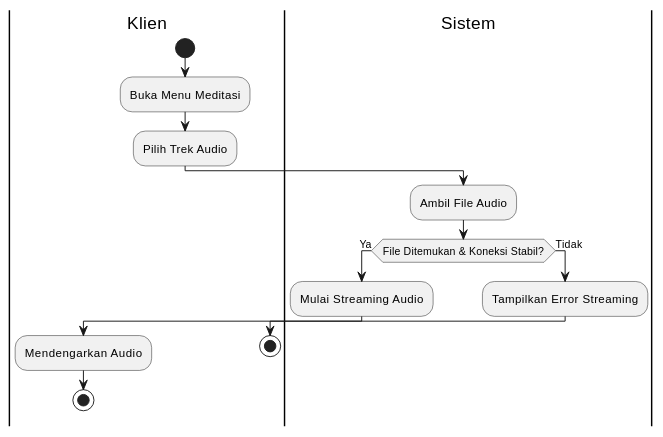
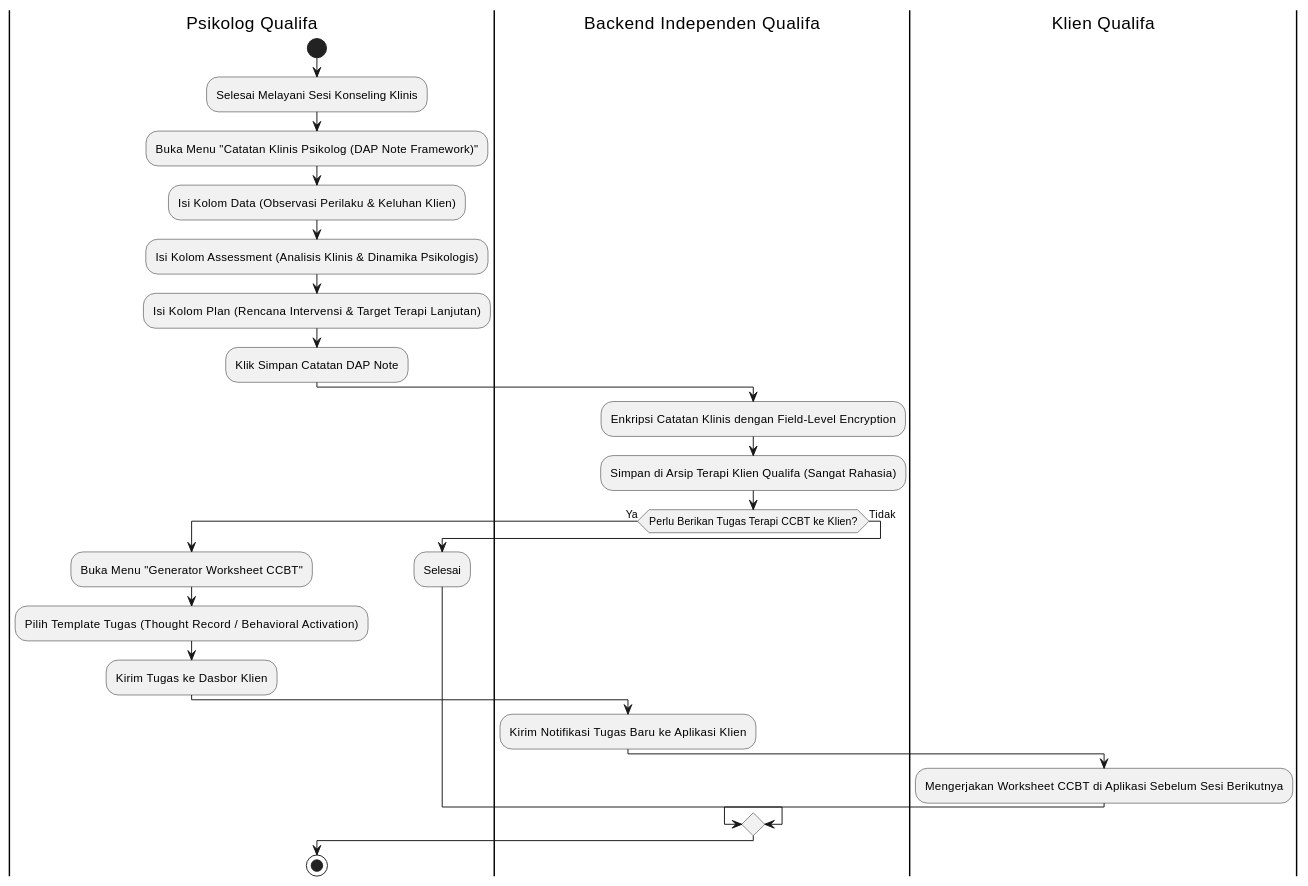
One commit to tupperwureism/SuperApp-Gagal changed diagram 18 of 20 in MarkDown/plantuml_activity_diagrams.md. Above: the diagram before and after it, drawn with PlantUML. The commit also changed other lines of this file and 60 other files, not shown here.

````diff
--- a/MarkDown/plantuml_activity_diagrams.md
+++ b/MarkDown/plantuml_activity_diagrams.md
@@ -767,21 +688,30 @@
 ```plantuml
 @startuml
-|Klien|
+|Psikolog Qualifa|
 start
-:Buka Menu Meditasi;
-:Pilih Trek Audio;
-|Sistem|
-:Ambil File Audio;
-if (File Ditemukan & Koneksi Stabil?) is (Ya) then
-  :Mulai Streaming Audio;
-  |Klien|
-  :Mendengarkan Audio;
-  stop
+:Selesai Melayani Sesi Konseling Klinis;
+:Buka Menu "Catatan Klinis Psikolog (DAP Note Framework)";
+:Isi Kolom Data (Observasi Perilaku & Keluhan Klien);
+:Isi Kolom Assessment (Analisis Klinis & Dinamika Psikologis);
+:Isi Kolom Plan (Rencana Intervensi & Target Terapi Lanjutan);
+:Klik Simpan Catatan DAP Note;
+
+|Backend Independen Qualifa|
+:Enkripsi Catatan Klinis dengan Field-Level Encryption;
+:Simpan di Arsip Terapi Klien Qualifa (Sangat Rahasia);
+if (Perlu Berikan Tugas Terapi CCBT ke Klien?) then (Ya)
+  |Psikolog Qualifa|
+  :Buka Menu "Generator Worksheet CCBT";
+  :Pilih Template Tugas (Thought Record / Behavioral Activation);
+  :Kirim Tugas ke Dasbor Klien;
+  |Backend Independen Qualifa|
+  :Kirim Notifikasi Tugas Baru ke Aplikasi Klien;
+  |Klien Qualifa|
+  :Mengerjakan Worksheet CCBT di Aplikasi Sebelum Sesi Berikutnya;
 else (Tidak)
-  |Sistem|
-  :Tampilkan Error Streaming;
-  |Klien|
-  stop
+  |Psikolog Qualifa|
+  :Selesai;
 endif
+stop
 @enduml
 ```
````
